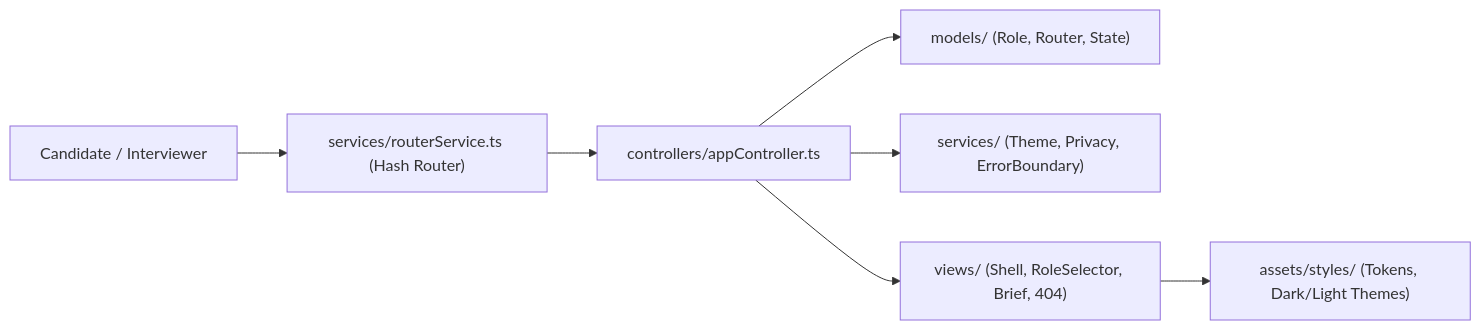
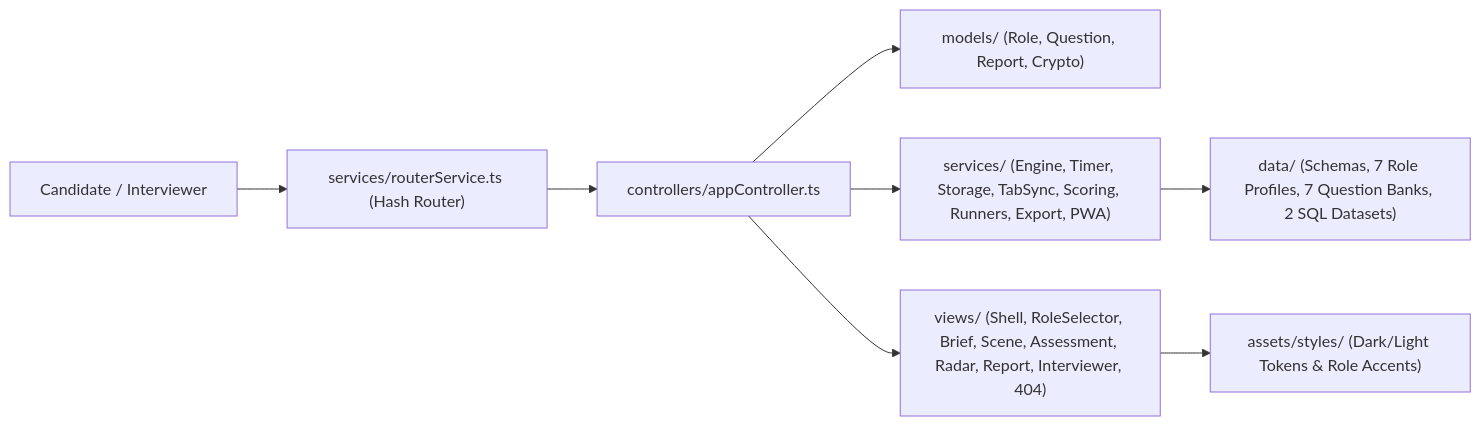
One commit to dansallehh/interviewX changed the diagram in README.md. Above: the diagram before and after it, drawn with Mermaid. The commit also changed other lines of this file and 9 other files, not shown here.

````diff
--- a/README.md
+++ b/README.md
@@ -19,9 +19,10 @@
 ```mermaid
 flowchart LR
   User["Candidate / Interviewer"] --> Router["services/routerService.ts (Hash Router)"]
   Router --> Controller["controllers/appController.ts"]
-  Controller --> Models["models/ (Role, Router, State)"]
-  Controller --> Services["services/ (Theme, Privacy, ErrorBoundary)"]
-  Controller --> Views["views/ (Shell, RoleSelector, Brief, 404)"]
-  Views --> Assets["assets/styles/ (Tokens, Dark/Light Themes)"]
+  Controller --> Models["models/ (Role, Question, Report, Crypto)"]
+  Controller --> Services["services/ (Engine, Timer, Storage, TabSync, Scoring, Runners, Export, PWA)"]
+  Controller --> Views["views/ (Shell, RoleSelector, Brief, Scene, Assessment, Radar, Report, Interviewer, 404)"]
+  Services --> Data["data/ (Schemas, 7 Role Profiles, 7 Question Banks, 2 SQL Datasets)"]
+  Views --> Assets["assets/styles/ (Dark/Light Tokens & Role Accents)"]
 ```
````
